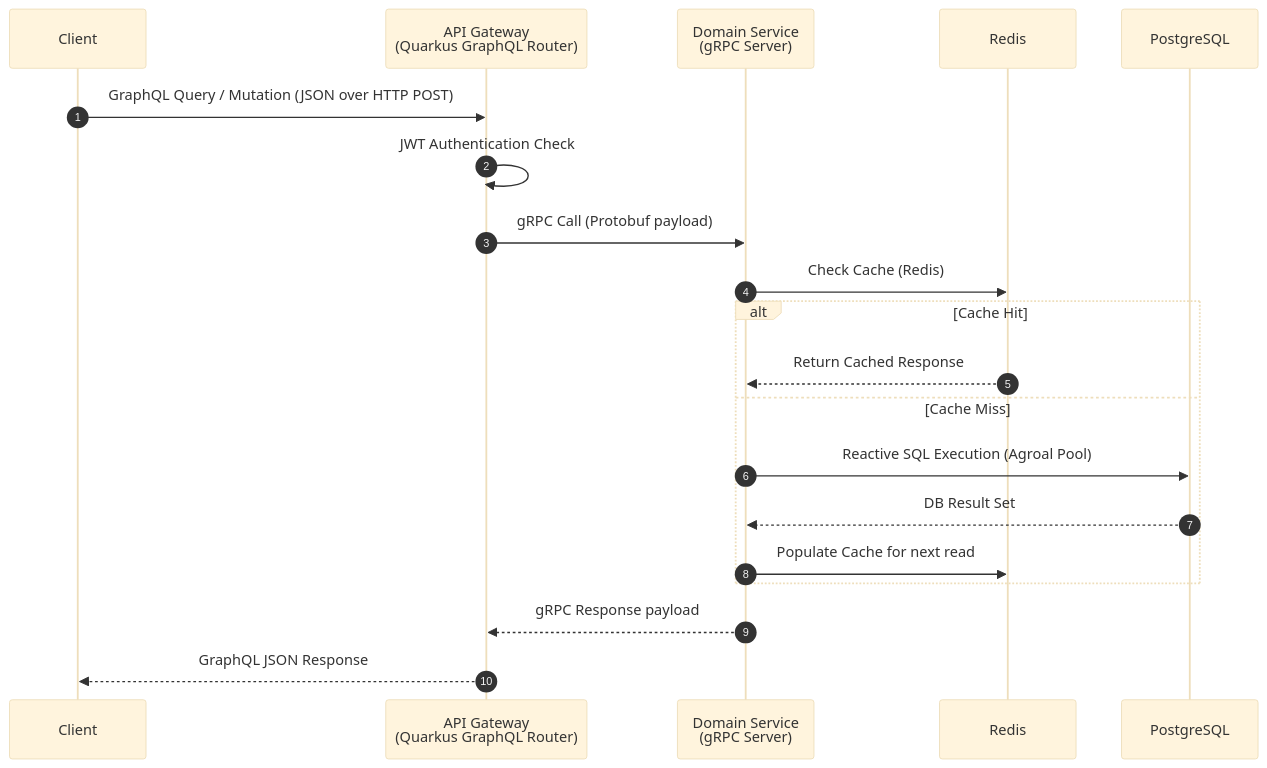
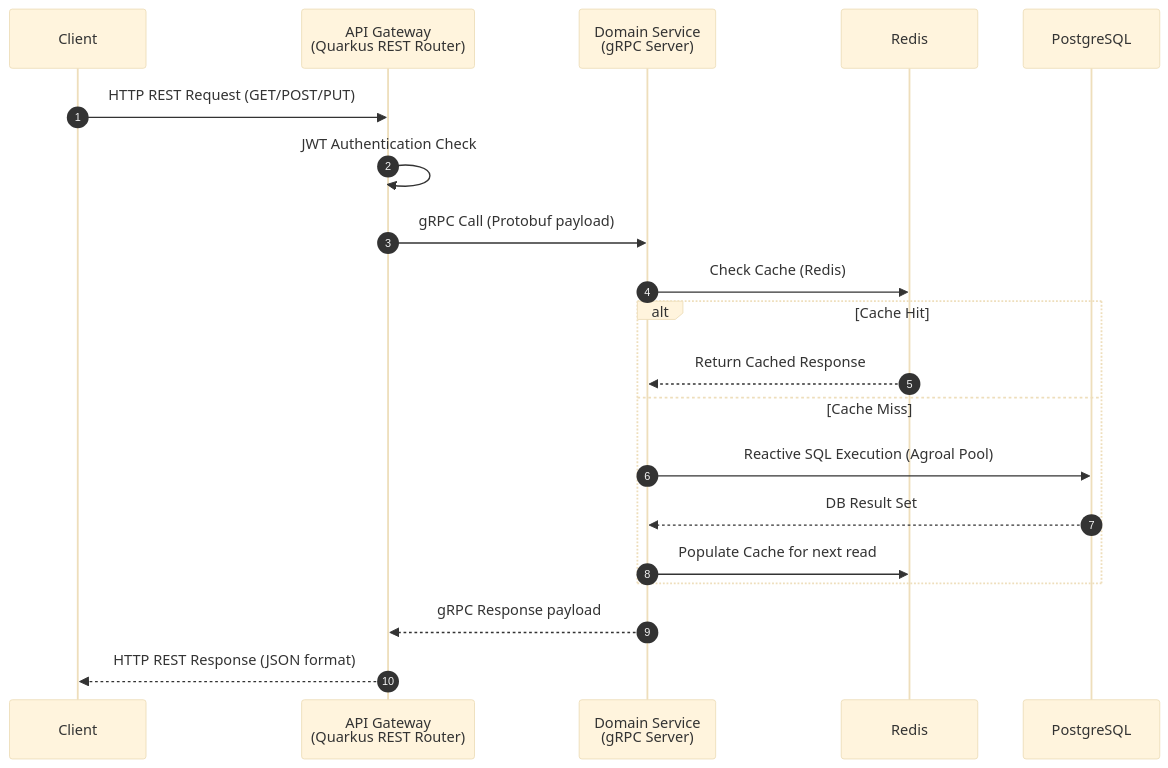
The fourth of 12 diagrams in README.md (MamangRust/microservice-ecommerce-quarkus-graphql), drawn with Mermaid (base theme) before and after one commit. The commit also changed other lines of this file and 489 other files, not shown here.

````diff
--- a/README.md
+++ b/README.md
@@ -336,23 +336,23 @@
 ```mermaid
 sequenceDiagram
     autonumber
     participant C as Client
-    participant GW as API Gateway<br/>(Quarkus GraphQL Router)
+    participant GW as API Gateway<br/>(Quarkus REST Router)
     participant SVC as Domain Service<br/>(gRPC Server)
     participant REDIS as Redis
     participant DB as PostgreSQL
 
-    C->>GW: GraphQL Query / Mutation (JSON over HTTP POST)
+    C->>GW: HTTP REST Request (GET/POST/PUT)
     GW->>GW: JWT Authentication Check
     GW->>SVC: gRPC Call (Protobuf payload)
     SVC->>REDIS: Check Cache (Redis)
     alt Cache Hit
         REDIS-->>SVC: Return Cached Response
     else Cache Miss
         SVC->>DB: Reactive SQL Execution (Agroal Pool)
         DB-->>SVC: DB Result Set
         SVC->>REDIS: Populate Cache for next read
     end
     SVC-->>GW: gRPC Response payload
-    GW-->>C: GraphQL JSON Response
+    GW-->>C: HTTP REST Response (JSON format)
 ```
````
